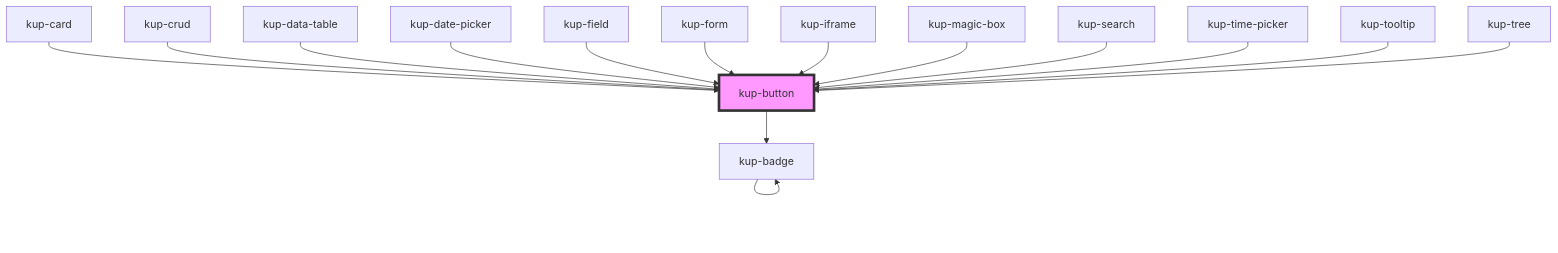
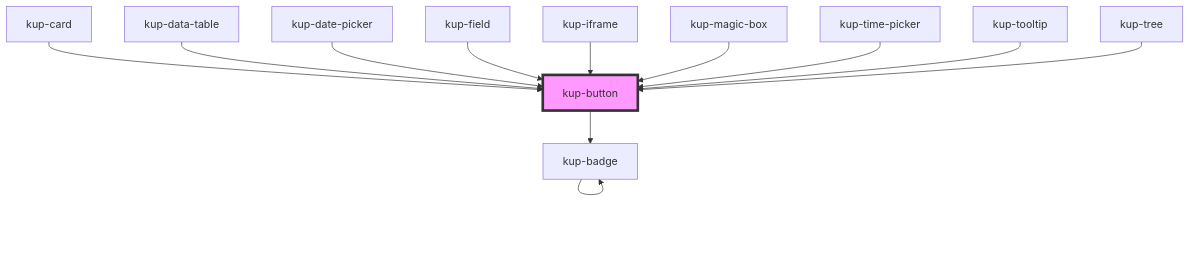
Before and after one commit to smeup/ketchup: the diagram in packages/ketchup/src/components/kup-button/readme.md, drawn with Mermaid. The commit also changed other lines of this file and 40 other files, not shown here.

Commit message:
kup-crud, kup-form, kup-modal, kup-search: removed from library.

````diff
--- a/packages/ketchup/src/components/kup-button/readme.md
+++ b/packages/ketchup/src/components/kup-button/readme.md
@@ -105,18 +102,15 @@
 ```mermaid
 graph TD;
   kup-button --> kup-badge
   kup-badge --> kup-badge
   kup-card --> kup-button
-  kup-crud --> kup-button
   kup-data-table --> kup-button
   kup-date-picker --> kup-button
   kup-field --> kup-button
-  kup-form --> kup-button
   kup-iframe --> kup-button
   kup-magic-box --> kup-button
-  kup-search --> kup-button
   kup-time-picker --> kup-button
   kup-tooltip --> kup-button
   kup-tree --> kup-button
   style kup-button fill:#f9f,stroke:#333,stroke-width:4px
 ```
````
